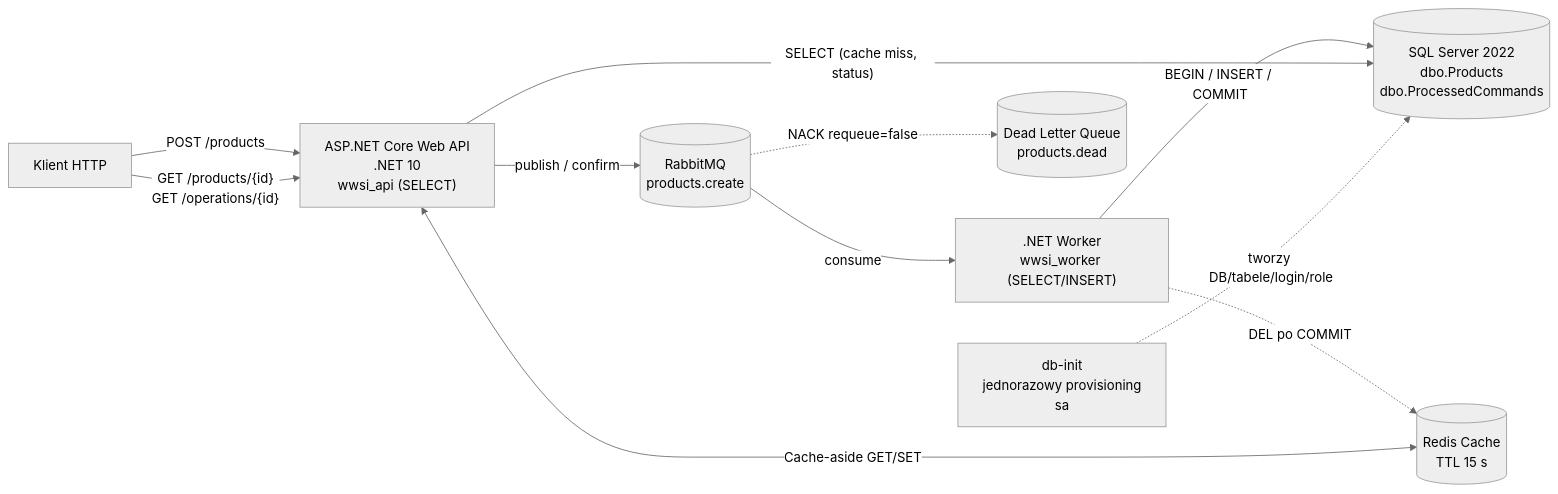
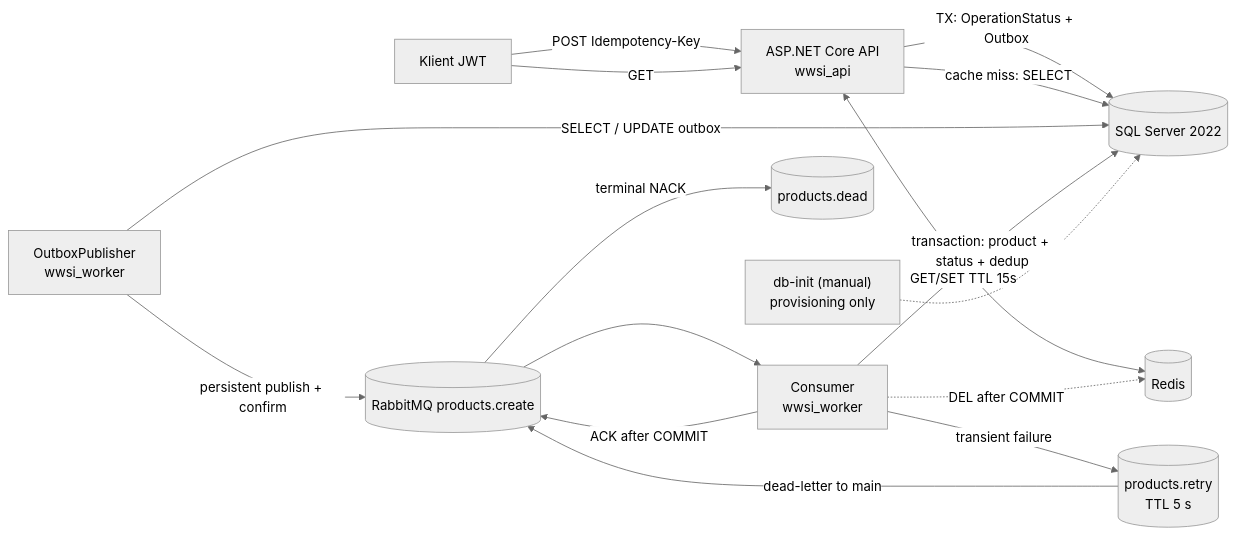
The first of 2 diagrams in demonstracje/66_WebApiRabbitRedisSql/README.md (marcinpytlik/WWSI_CSharp), drawn with Mermaid (neutral theme) before and after one commit. The commit also changed other lines of this file and 24 other files, not shown here.

Commit message:
Evolve demo 66: transactional SQL outbox, bounded retries, JWT security, tenant isolation, telemetry and CI

````diff
--- a/demonstracje/66_WebApiRabbitRedisSql/README.md
+++ b/demonstracje/66_WebApiRabbitRedisSql/README.md
@@ -7,22 +11,18 @@
 ```mermaid
 flowchart LR
-    Client["Klient HTTP"]
-    API["ASP.NET Core Web API<br/>.NET 10<br/>wwsi_api (SELECT)"]
-    Q[("RabbitMQ<br/>products.create")]
-    W[".NET Worker<br/>wwsi_worker (SELECT/INSERT)"]
-    SQL[("SQL Server 2022<br/>dbo.Products<br/>dbo.ProcessedCommands")]
-    R[("Redis Cache<br/>TTL 15 s")]
-    DLQ[("Dead Letter Queue<br/>products.dead")]
-    Init["db-init<br/>jednorazowy provisioning<br/>sa"]
-
-    Client -->|"POST /products"| API
-    API -->|"publish / confirm"| Q
-    Q -->|"consume"| W
-    W -->|"BEGIN / INSERT / COMMIT"| SQL
-    W -.->|"DEL po COMMIT"| R
-    Q -.->|"NACK requeue=false"| DLQ
-    Client -->|"GET /products/{id}<br/>GET /operations/{id}"| API
-    API <-->|"Cache-aside GET/SET"| R
-    API -->|"SELECT (cache miss, status)"| SQL
-    Init -.->|"tworzy DB/tabele/login/role"| SQL
+  C["Klient JWT"] -->|"POST Idempotency-Key"| A["ASP.NET Core API<br/>wwsi_api"]
+  C -->|"GET"| A
+  A -->|"TX: OperationStatus + Outbox"| DB[("SQL Server 2022")]
+  A <-->|"GET/SET TTL 15s"| R[("Redis")]
+  A -->|"cache miss: SELECT"| DB
+  O["OutboxPublisher<br/>wwsi_worker"] -->|"SELECT / UPDATE outbox"| DB
+  O -->|"persistent publish + confirm"| Q[("RabbitMQ products.create")]
+  Q --> W["Consumer<br/>wwsi_worker"]
+  W -->|"transaction: product + status + dedup"| DB
+  W -.->|"DEL after COMMIT"| R
+  W -->|"ACK after COMMIT"| Q
+  W -->|"transient failure"| Retry[("products.retry<br/>TTL 5 s")]
+  Retry -->|"dead-letter to main"| Q
+  Q -->|"terminal NACK"| DLQ[("products.dead")]
+  I["db-init (manual)<br/>provisioning only"] -.-> DB
 ```
````
